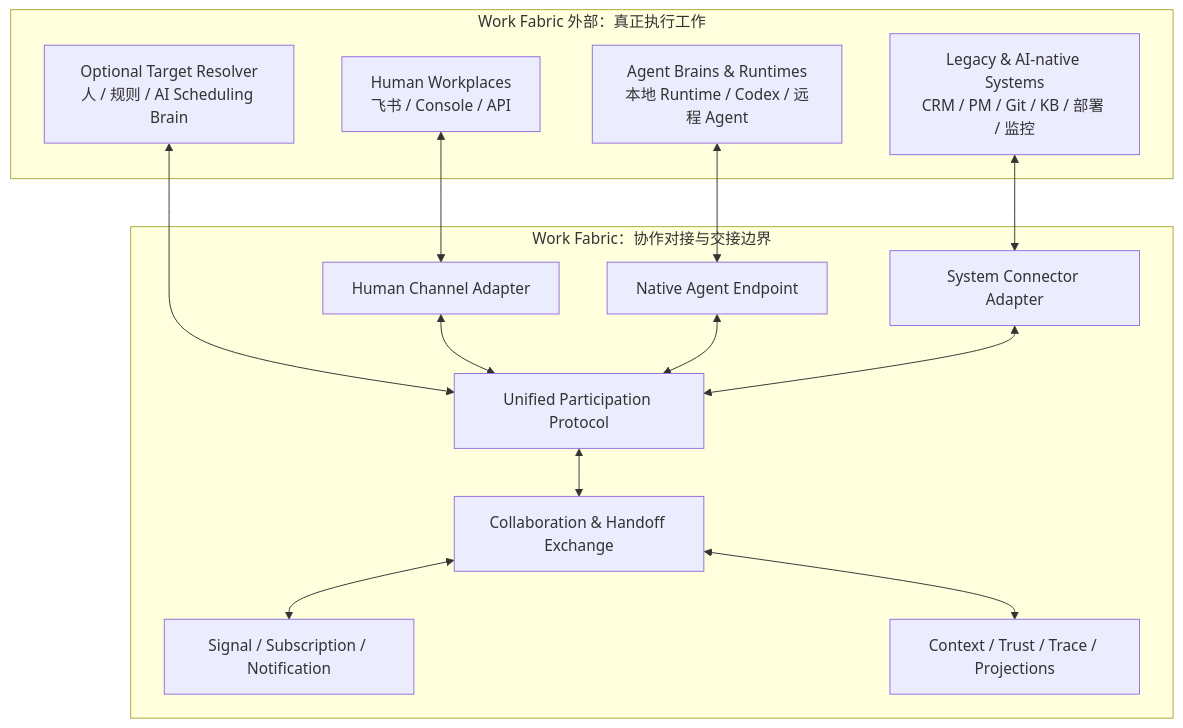
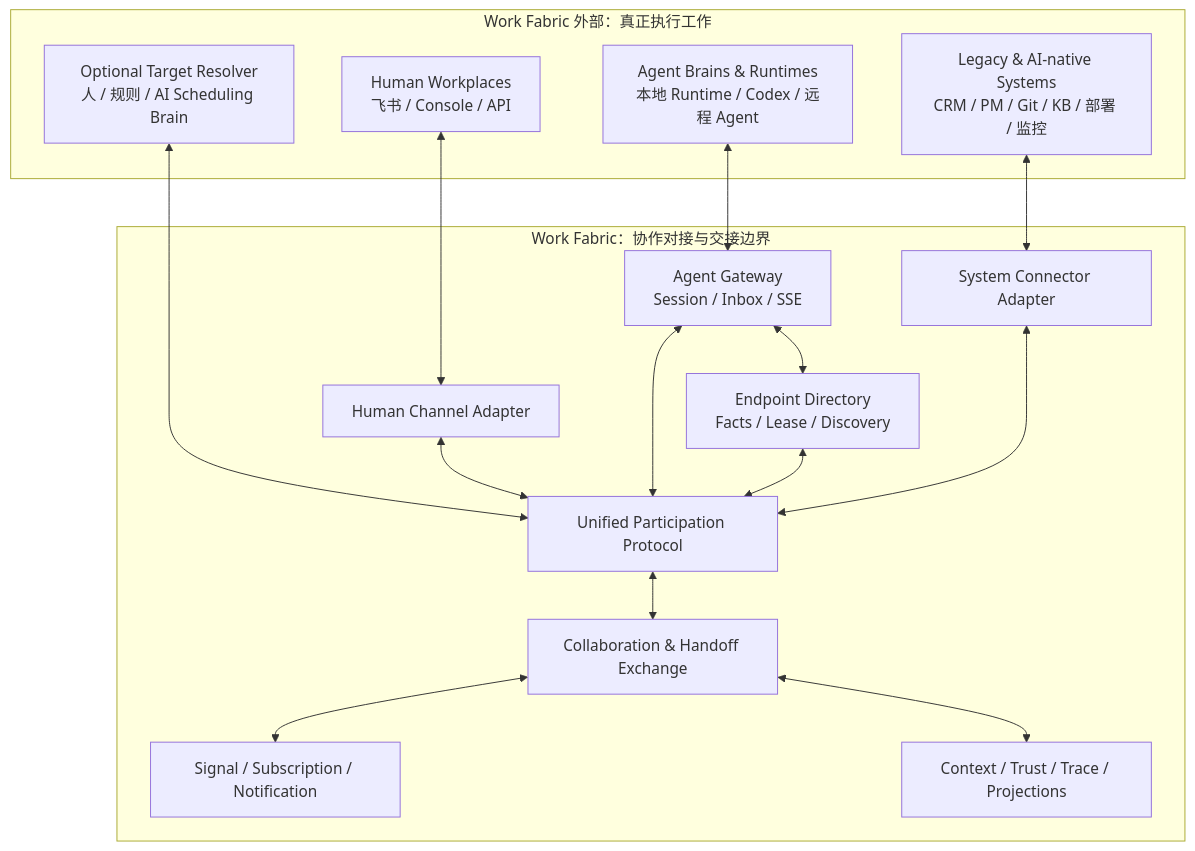
The first of 4 diagrams in docs/architecture.md (AgentEra/work-fabric), drawn with Mermaid before and after one commit. The commit also changed other lines of this file and 13 other files, not shown here.

````diff
--- a/docs/architecture.md
+++ b/docs/architecture.md
@@ -61,30 +61,33 @@
 ```mermaid
 flowchart TB
     subgraph External["Work Fabric 外部：真正执行工作"]
         Human["Human Workplaces<br/>飞书 / Console / API"]
         Agent["Agent Brains & Runtimes<br/>本地 Runtime / Codex / 远程 Agent"]
         System["Legacy & AI-native Systems<br/>CRM / PM / Git / KB / 部署 / 监控"]
         Resolver["Optional Target Resolver<br/>人 / 规则 / AI Scheduling Brain"]
     end
 
     subgraph Fabric["Work Fabric：协作对接与交接边界"]
         HumanAdapter["Human Channel Adapter"]
-        AgentEndpoint["Native Agent Endpoint"]
+        AgentGateway["Agent Gateway<br/>Session / Inbox / SSE"]
+        Directory["Endpoint Directory<br/>Facts / Lease / Discovery"]
         Connector["System Connector Adapter"]
         Protocol["Unified Participation Protocol"]
         Exchange["Collaboration & Handoff Exchange"]
         Signal["Signal / Subscription / Notification"]
         Support["Context / Trust / Trace / Projections"]
     end
 
     Human <--> HumanAdapter
-    Agent <--> AgentEndpoint
+    Agent <--> AgentGateway
     System <--> Connector
     Resolver <--> Protocol
     HumanAdapter <--> Protocol
-    AgentEndpoint <--> Protocol
+    AgentGateway <--> Protocol
+    AgentGateway <--> Directory
+    Directory <--> Protocol
     Connector <--> Protocol
     Protocol <--> Exchange
     Exchange <--> Signal
     Exchange <--> Support
 ```
````
